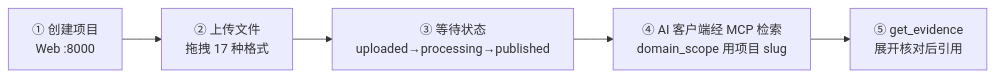
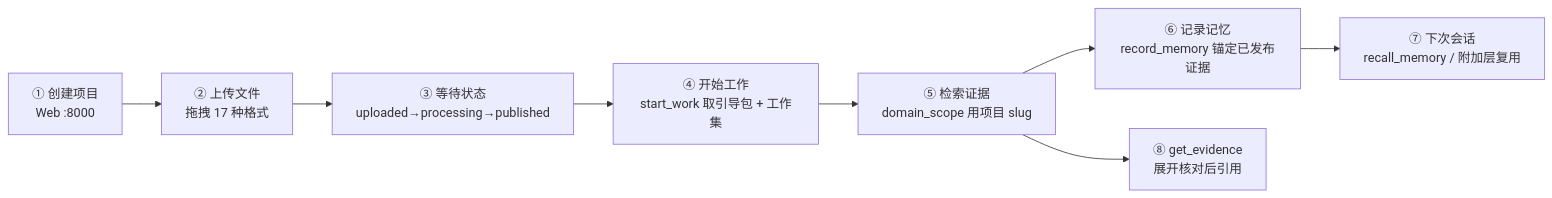
Before and after one commit to EdouardRichard/MCP-GeneralRAG: the third of 3 diagrams in README.md, drawn with Mermaid. The commit also changed other lines of this file and 6 other files, not shown here.

````diff
--- a/README.md
+++ b/README.md
@@ -153,7 +240,10 @@
 ```mermaid
 flowchart LR
     A["① 创建项目<br/>Web :8000"] --> B["② 上传文件<br/>拖拽 17 种格式"]
     B --> C["③ 等待状态<br/>uploaded→processing→published"]
-    C --> D["④ AI 客户端经 MCP 检索<br/>domain_scope 用项目 slug"]
-    D --> E["⑤ get_evidence<br/>展开核对后引用"]
+    C --> D["④ 开始工作<br/>start_work 取引导包 + 工作集"]
+    D --> E["⑤ 检索证据<br/>domain_scope 用项目 slug"]
+    E --> F["⑥ 记录记忆<br/>record_memory 锚定已发布证据"]
+    F --> G["⑦ 下次会话<br/>recall_memory / 附加层复用"]
+    E --> H["⑧ get_evidence<br/>展开核对后引用"]
 ```
````
